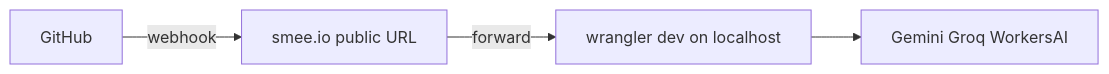
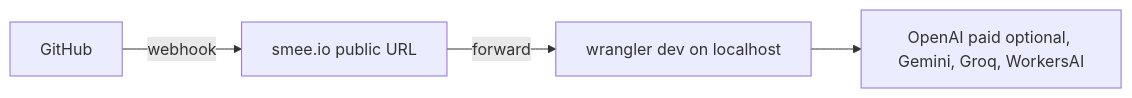
The fourth of 4 diagrams in docs/ARCHITECTURE.md (vuongj321/roast-my-pr), drawn with Mermaid before and after one commit. The commit also changed other lines of this file and 2 other files, not shown here.

First line of the commit message:
docs: document the optional paid provider

````diff
--- a/docs/ARCHITECTURE.md
+++ b/docs/ARCHITECTURE.md
@@ -282,6 +290,6 @@
 ```mermaid
 flowchart LR
   GitHub -->|webhook| Smee[smee.io public URL]
   Smee -->|forward| Local["wrangler dev on localhost"]
-  Local --> LLM[Gemini Groq WorkersAI]
+  Local --> LLM[OpenAI paid optional, Gemini, Groq, WorkersAI]
 ```
````
